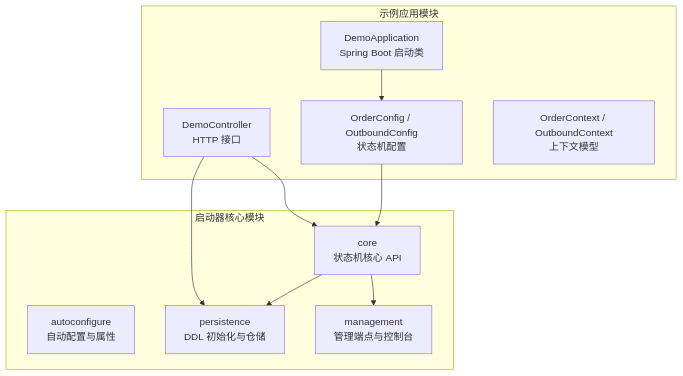
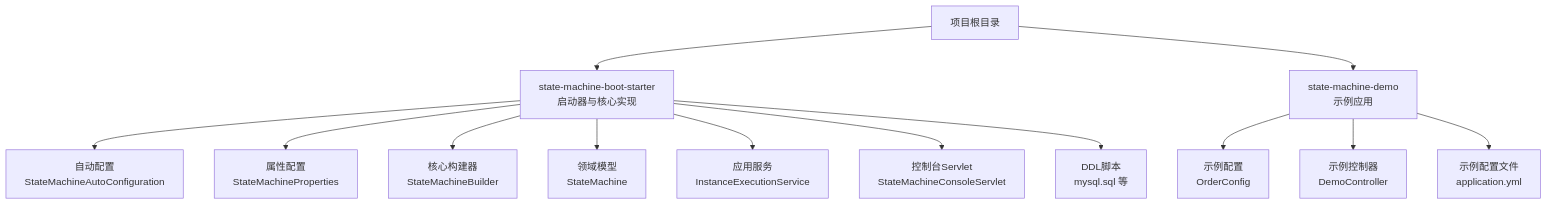
Before and after one commit to xiaoche80s-tech/state-machine-parent: the first of 4 diagrams in .qoder/repowiki/zh/content/快速开始.md, drawn with Mermaid. The commit also changed other lines of this file and 97 other files, not shown here.

````diff
--- a/.qoder/repowiki/zh/content/快速开始.md
+++ b/.qoder/repowiki/zh/content/快速开始.md
@@ -47,21 +46,15 @@
 ```mermaid
 graph TB
-subgraph "启动器核心模块"
-A["autoconfigure<br/>自动配置与属性"]
-B["core<br/>状态机核心 API"]
-C["persistence<br/>DDL 初始化与仓储"]
-D["management<br/>管理端点与控制台"]
-end
-subgraph "示例应用模块"
-E["DemoApplication<br/>Spring Boot 启动类"]
-F["OrderConfig / OutboundConfig<br/>状态机配置"]
-G["DemoController<br/>HTTP 接口"]
-H["OrderContext / OutboundContext<br/>上下文模型"]
-end
-E --> F
-F --> B
-B --> C
-B --> D
-G --> B
-G --> C
+A["项目根目录"] --> B["state-machine-boot-starter<br/>启动器与核心实现"]
+A --> C["state-machine-demo<br/>示例应用"]
+B --> B1["自动配置<br/>StateMachineAutoConfiguration"]
+B --> B2["属性配置<br/>StateMachineProperties"]
+B --> B3["核心构建器<br/>StateMachineBuilder"]
+B --> B4["领域模型<br/>StateMachine"]
+B --> B5["应用服务<br/>InstanceExecutionService"]
+B --> B6["控制台Servlet<br/>StateMachineConsoleServlet"]
+B --> B7["DDL脚本<br/>mysql.sql 等"]
+C --> C1["示例配置<br/>OrderConfig"]
+C --> C2["示例控制器<br/>DemoController"]
+C --> C3["示例配置文件<br/>application.yml"]
 ```
````
